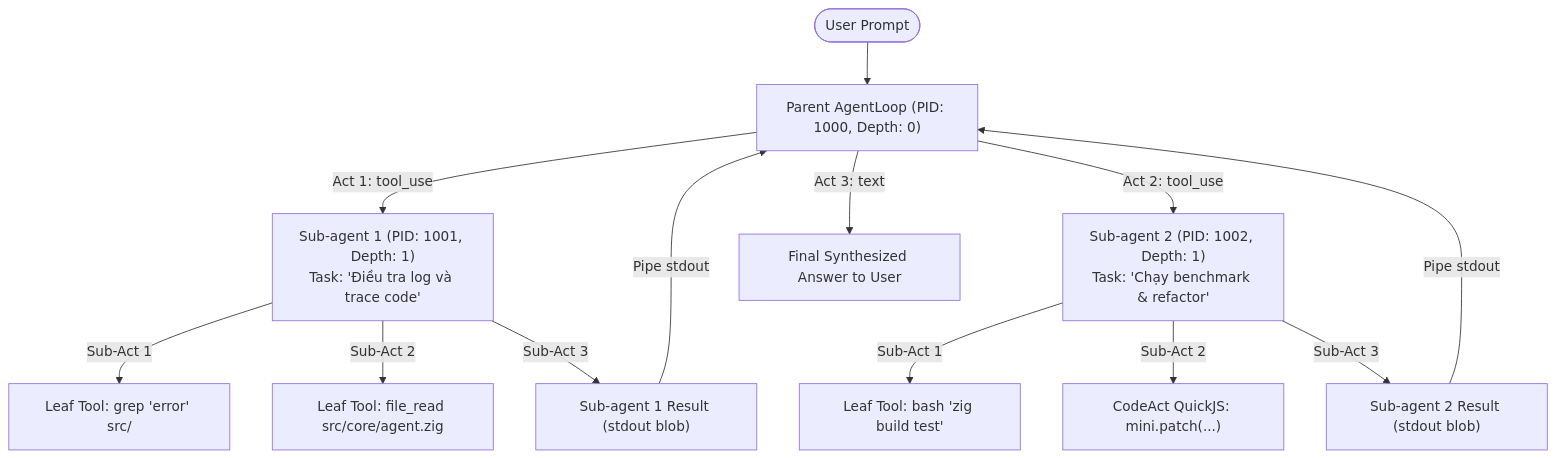
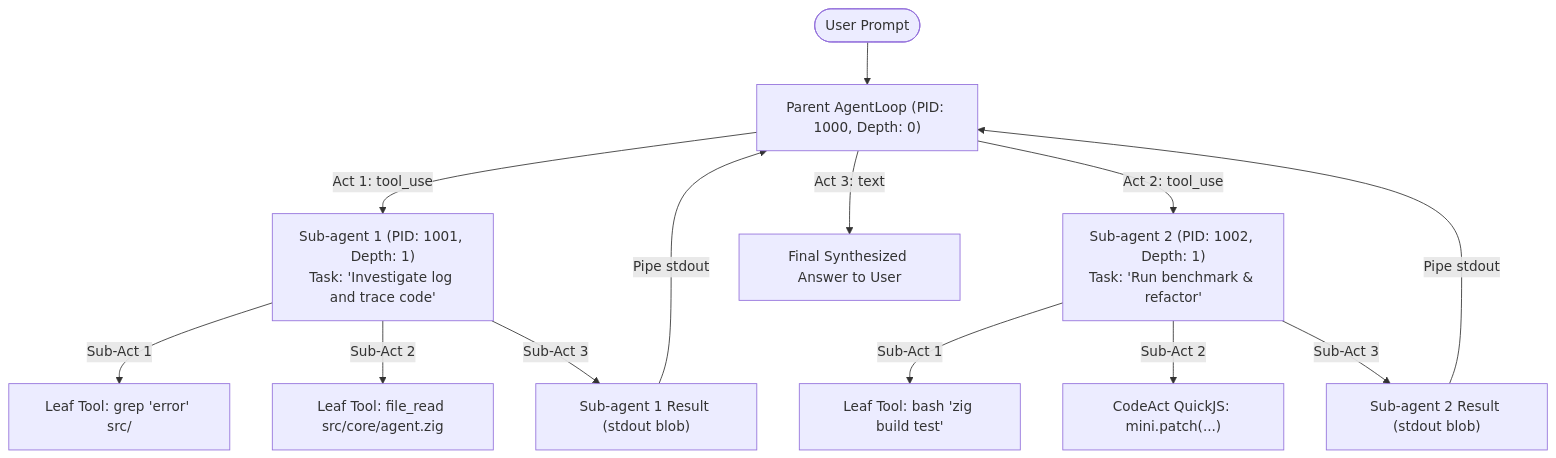
The third of 4 diagrams in docs/agent_loop_execution_architecture.md (wdvn/mini_old), drawn with Mermaid before and after one commit. The commit also changed other lines of this file and 92 other files, not shown here.

````diff
--- a/docs/agent_loop_execution_architecture.md
+++ b/docs/agent_loop_execution_architecture.md
@@ -152,21 +152,21 @@
 ```mermaid
 graph TD
     User([User Prompt]) --> RootAgent["Parent AgentLoop (PID: 1000, Depth: 0)"]
     
-    RootAgent -->|Act 1: tool_use| Sub1["Sub-agent 1 (PID: 1001, Depth: 1)\nTask: 'Điều tra log và trace code'"]
-    RootAgent -->|Act 2: tool_use| Sub2["Sub-agent 2 (PID: 1002, Depth: 1)\nTask: 'Chạy benchmark & refactor'"]
+    RootAgent -->|Act 1: tool_use| Sub1["Sub-agent 1 (PID: 1001, Depth: 1)\nTask: 'Investigate log and trace code'"]
+    RootAgent -->|Act 2: tool_use| Sub2["Sub-agent 2 (PID: 1002, Depth: 1)\nTask: 'Run benchmark & refactor'"]
     RootAgent -->|Act 3: text| FinalResponse["Final Synthesized Answer to User"]
 
-    %% Cây con của Subagent 1
+    %% Subagent 1 Subtree
     Sub1 -->|Sub-Act 1| Leaf1["Leaf Tool: grep 'error' src/"]
     Sub1 -->|Sub-Act 2| Leaf2["Leaf Tool: file_read src/core/agent.zig"]
     Sub1 -->|Sub-Act 3| SubReport1["Sub-agent 1 Result (stdout blob)"]
 
-    %% Cây con của Subagent 2
+    %% Subagent 2 Subtree
     Sub2 -->|Sub-Act 1| Leaf3["Leaf Tool: bash 'zig build test'"]
     Sub2 -->|Sub-Act 2| Leaf4["CodeAct QuickJS: mini.patch(...)"]
     Sub2 -->|Sub-Act 3| SubReport2["Sub-agent 2 Result (stdout blob)"]
 
     SubReport1 -->|Pipe stdout| RootAgent
     SubReport2 -->|Pipe stdout| RootAgent
 ```
````
